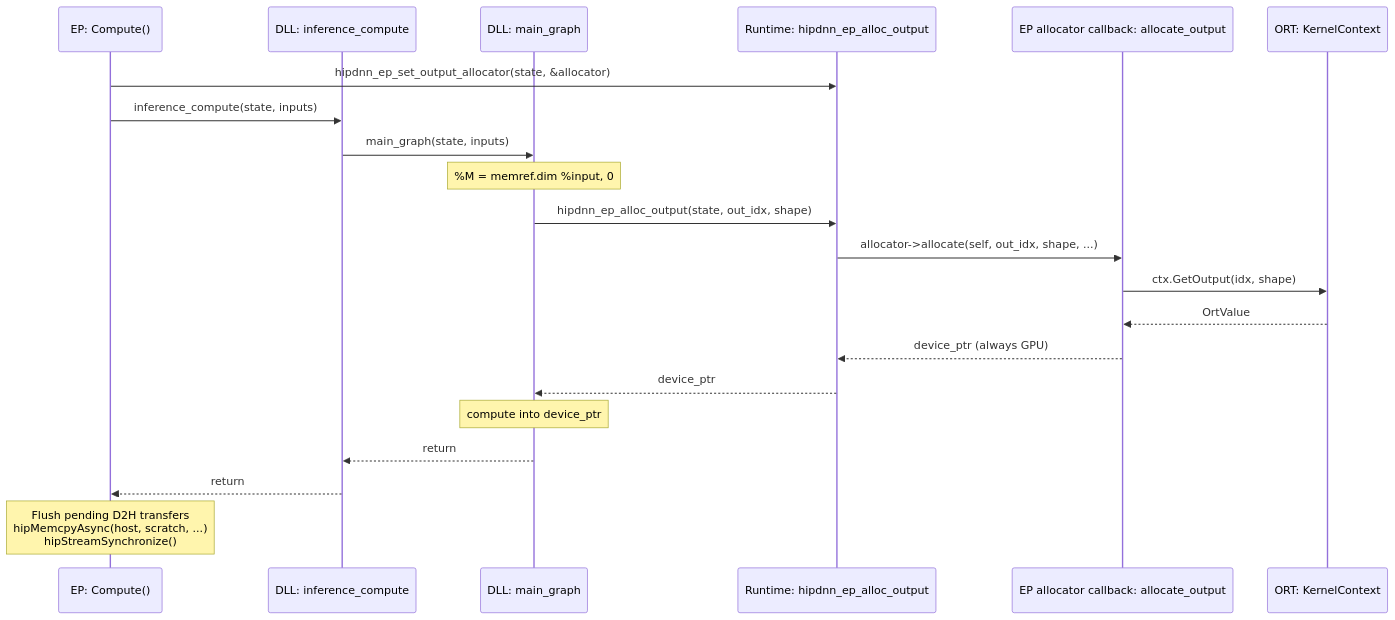
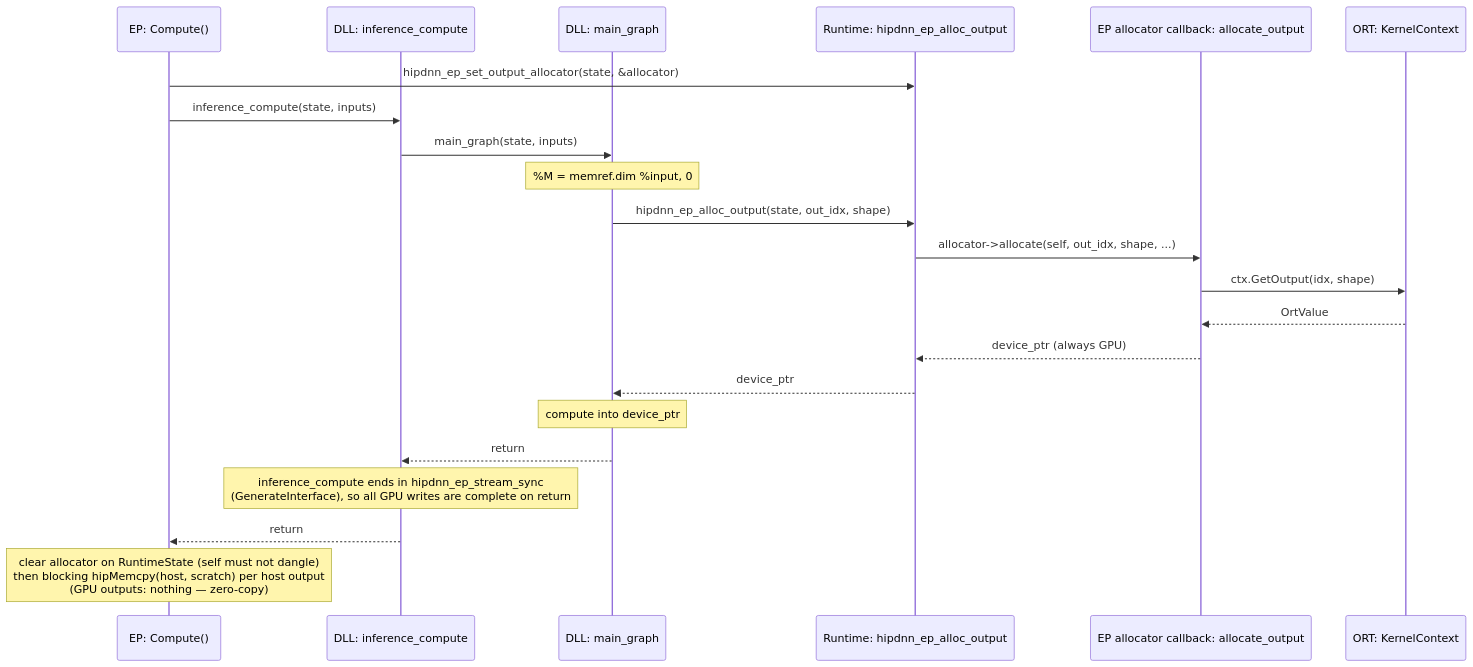
Before and after one commit to ROCm/hip-ep: the second of 2 diagrams in docs/design/output-allocator-design.md, drawn with Mermaid. The commit also changed other lines of this file and 18 other files, not shown here.

````diff
--- a/docs/design/output-allocator-design.md
+++ b/docs/design/output-allocator-design.md
@@ -281,24 +281,25 @@
 ```mermaid
 sequenceDiagram
     participant EP as EP: Compute()
     participant DLL_IC as DLL: inference_compute
     participant DLL_MG as DLL: main_graph
     participant RT as Runtime: hipdnn_ep_alloc_output
     participant CB as EP allocator callback: allocate_output
     participant ORT as ORT: KernelContext
 
     EP->>RT: hipdnn_ep_set_output_allocator(state, &allocator)
     EP->>DLL_IC: inference_compute(state, inputs)
     DLL_IC->>DLL_MG: main_graph(state, inputs)
     Note over DLL_MG: %M = memref.dim %input, 0
     DLL_MG->>RT: hipdnn_ep_alloc_output(state, out_idx, shape)
     RT->>CB: allocator->allocate(self, out_idx, shape, ...)
     CB->>ORT: ctx.GetOutput(idx, shape)
     ORT-->>CB: OrtValue
     CB-->>RT: device_ptr (always GPU)
     RT-->>DLL_MG: device_ptr
     Note over DLL_MG: compute into device_ptr
     DLL_MG-->>DLL_IC: return
+    Note over DLL_IC: inference_compute ends in hipdnn_ep_stream_sync<br/>(GenerateInterface), so all GPU writes are complete on return
     DLL_IC-->>EP: return
-    Note over EP: Flush pending D2H transfers<br/>hipMemcpyAsync(host, scratch, ...)<br/>hipStreamSynchronize()
+    Note over EP: clear allocator on RuntimeState (self must not dangle)<br/>then blocking hipMemcpy(host, scratch) per host output<br/>(GPU outputs: nothing — zero-copy)
 ```
````
